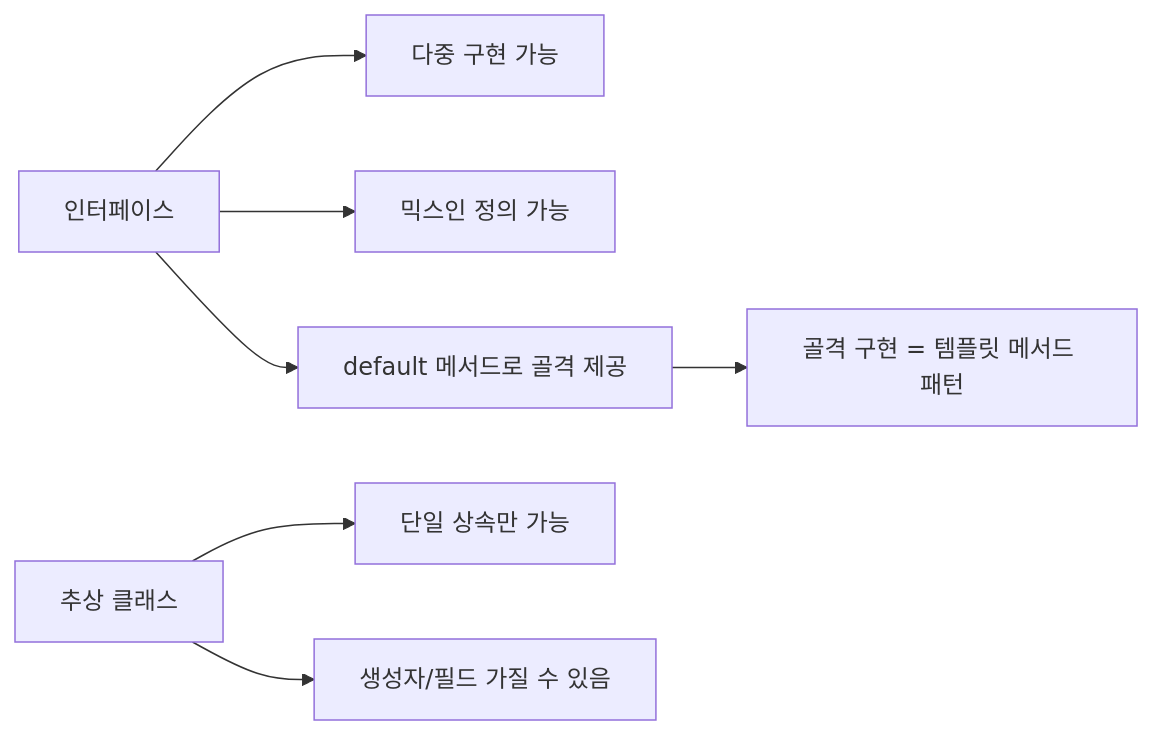
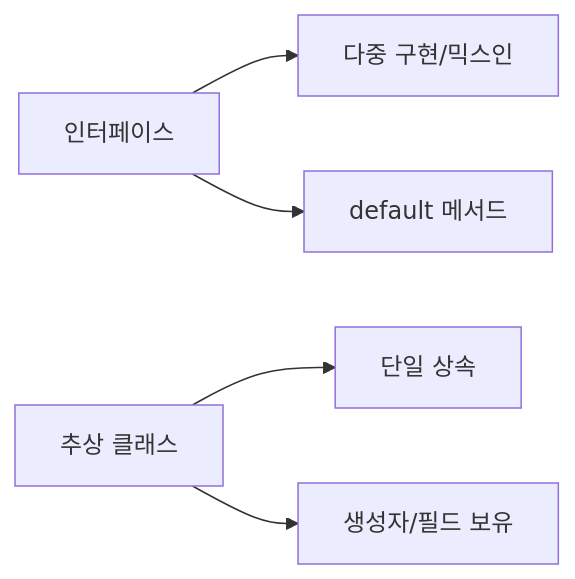
One commit to yjkim2015/yjkim2015.github.io changed the fourth of 6 diagrams in _posts/effective_java/2026-05-03-effective-java-classes-interfaces.md. Above: the diagram before and after it, drawn with Mermaid. The commit also changed other lines of this file and 163 other files, not shown here.

First line of the commit message:
Mermaid 300개 블록 내용 축소: 5노드 5엣지 이하, 의미 있는 약어

````diff
--- a/_posts/effective_java/2026-05-03-effective-java-classes-interfaces.md
+++ b/_posts/effective_java/2026-05-03-effective-java-classes-interfaces.md
@@ -255,9 +253,7 @@
 ```mermaid
-flowchart LR
-    A["인터페이스"] --> B["다중 구현 가능"]
-    A --> C["믹스인 정의 가능"]
-    A --> D["default 메서드로 골격 제공"]
-    E["추상 클래스"] --> F["단일 상속만 가능"]
-    E --> G["생성자/필드 가질 수 있음"]
-    D --> H["골격 구현 = 템플릿 메서드 패턴"]
+graph LR
+    A["인터페이스"] --> B["다중 구현/믹스인"]
+    A --> D["default 메서드"]
+    E["추상 클래스"] --> F["단일 상속"]
+    E --> G["생성자/필드 보유"]
 ```
````
